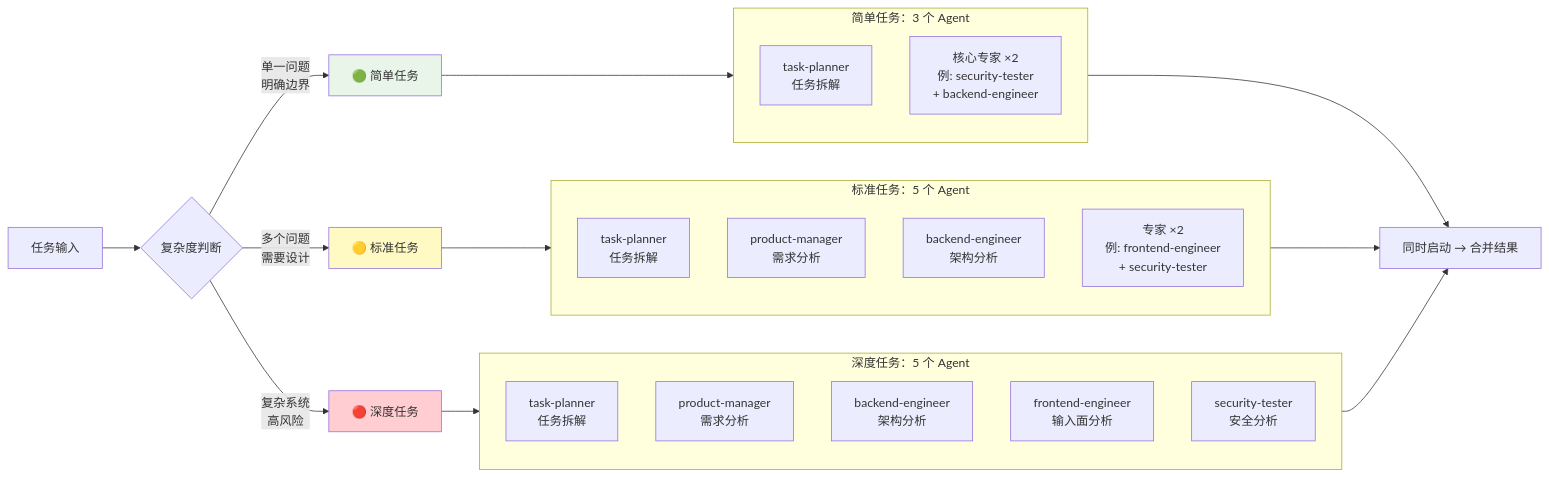
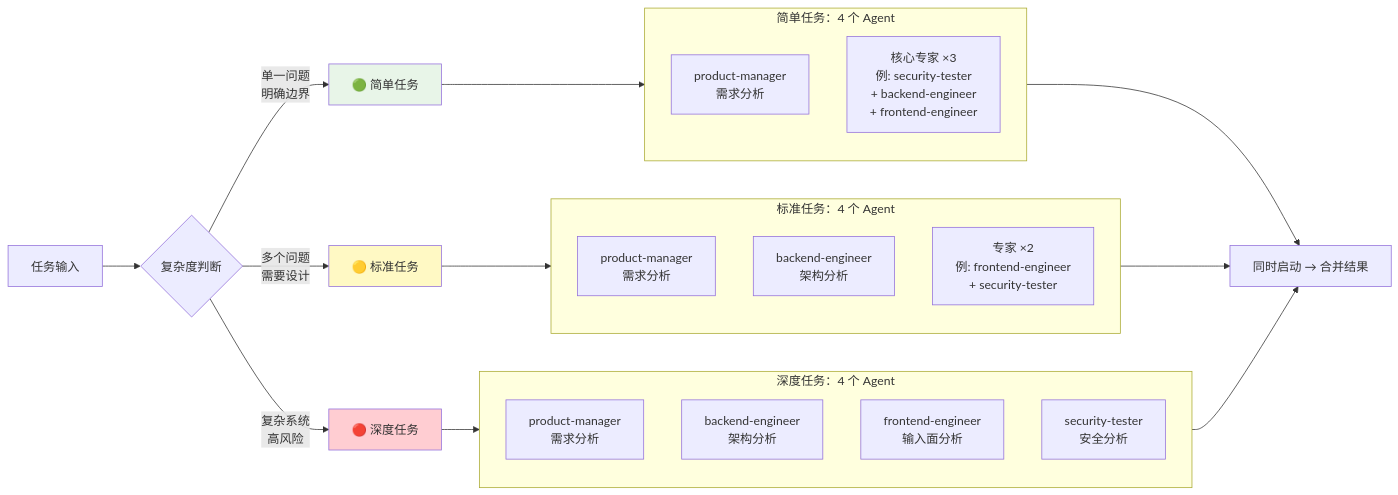
Before and after one commit to xxipv6/claudeSandBox: the second of 9 diagrams in ARCHITECTURE.md, drawn with Mermaid. The commit also changed other lines of this file and 50 other files, not shown here.

````diff
--- a/ARCHITECTURE.md
+++ b/ARCHITECTURE.md
@@ -112,40 +110,38 @@
 ```mermaid
 flowchart LR
     Input[任务输入] --> Check{复杂度判断}
 
     Check -->|单一问题<br/>明确边界| SimpleLevel[🟢 简单任务]
     Check -->|多个问题<br/>需要设计| StandardLevel[🟡 标准任务]
     Check -->|复杂系统<br/>高风险| DeepLevel[🔴 深度任务]
 
-    subgraph SimpleAgents["简单任务：3 个 Agent"]
-        S1[task-planner<br/>任务拆解]
-        S2[核心专家 ×2<br/>例: security-tester<br/>+ backend-engineer]
+    subgraph SimpleAgents["简单任务：4 个 Agent"]
+        S1[product-manager<br/>需求分析]
+        S2[核心专家 ×3<br/>例: security-tester<br/>+ backend-engineer<br/>+ frontend-engineer]
     end
 
-    subgraph StandardAgents["标准任务：5 个 Agent"]
-        ST1[task-planner<br/>任务拆解]
-        ST2[product-manager<br/>需求分析]
-        ST3[backend-engineer<br/>架构分析]
-        ST4[专家 ×2<br/>例: frontend-engineer<br/>+ security-tester]
+    subgraph StandardAgents["标准任务：4 个 Agent"]
+        ST1[product-manager<br/>需求分析]
+        ST2[backend-engineer<br/>架构分析]
+        ST3[专家 ×2<br/>例: frontend-engineer<br/>+ security-tester]
     end
 
-    subgraph DeepAgents["深度任务：5 个 Agent"]
-        D1[task-planner<br/>任务拆解]
-        D2[product-manager<br/>需求分析]
-        D3[backend-engineer<br/>架构分析]
-        D4[frontend-engineer<br/>输入面分析]
-        D5[security-tester<br/>安全分析]
+    subgraph DeepAgents["深度任务：4 个 Agent"]
+        D1[product-manager<br/>需求分析]
+        D2[backend-engineer<br/>架构分析]
+        D3[frontend-engineer<br/>输入面分析]
+        D4[security-tester<br/>安全分析]
     end
 
     SimpleLevel --> SimpleAgents
     StandardLevel --> StandardAgents
     DeepLevel --> DeepAgents
 
     SimpleAgents --> Output[同时启动 → 合并结果]
     StandardAgents --> Output
     DeepAgents --> Output
 
     style SimpleLevel fill:#e8f5e8
     style StandardLevel fill:#fff9c4
     style DeepLevel fill:#ffcdd2
 ```
````
